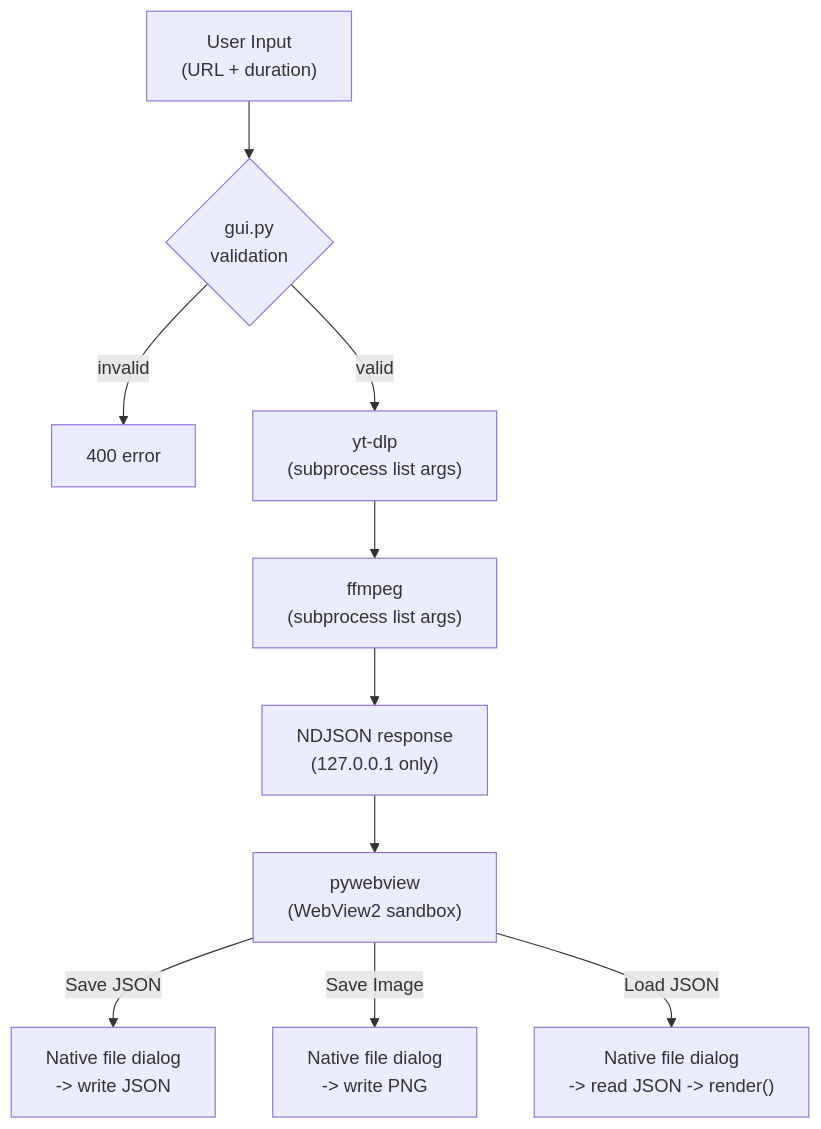
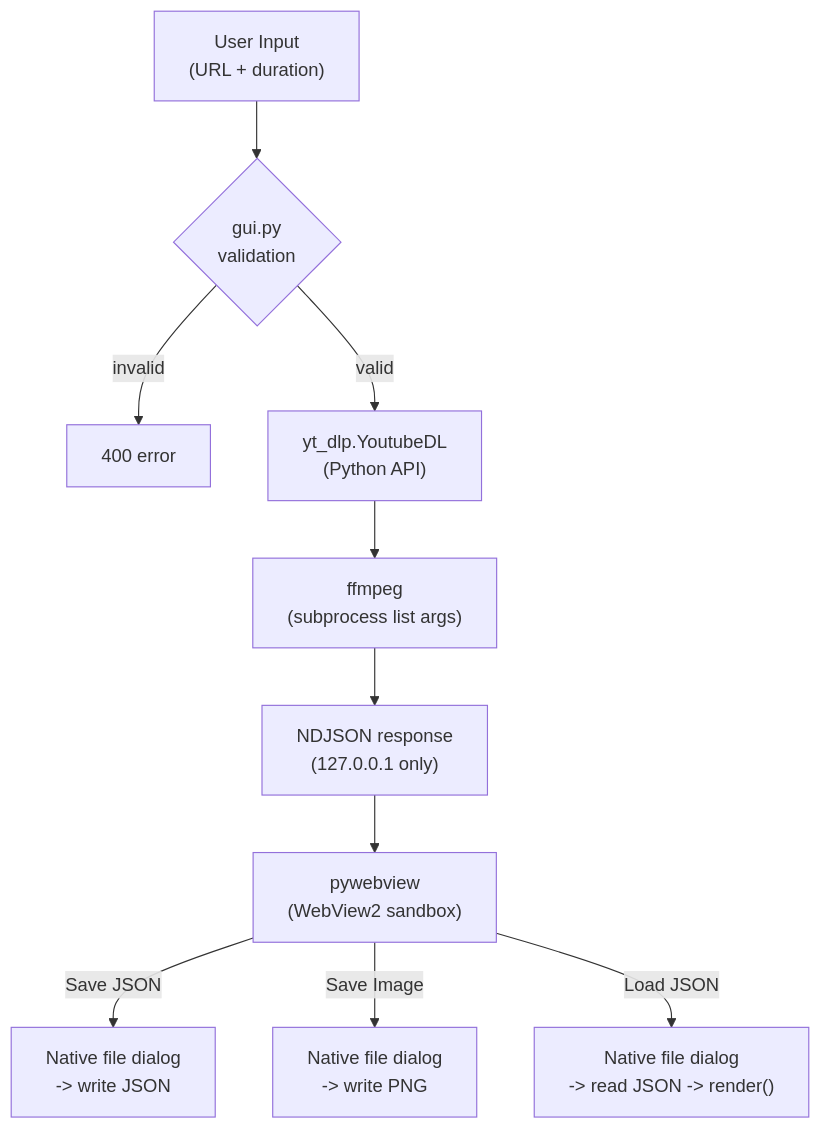
The diagram in docs/security-audit.md (semnil/analyze-loudness), drawn with Mermaid before and after one commit. The commit also changed other lines of this file and 3 other files, not shown here.

First line of the commit message:
docs: architecture / security-audit / CLAUDE / README を更新

````diff
--- a/docs/security-audit.md
+++ b/docs/security-audit.md
@@ -187,12 +187,12 @@
 ```mermaid
 graph TD
     A["User Input<br/>(URL + duration)"] --> B{"gui.py<br/>validation"}
     B -->|"invalid"| C["400 error"]
-    B -->|"valid"| D["yt-dlp<br/>(subprocess list args)"]
+    B -->|"valid"| D["yt_dlp.YoutubeDL<br/>(Python API)"]
     D --> E["ffmpeg<br/>(subprocess list args)"]
     E --> F["NDJSON response<br/>(127.0.0.1 only)"]
     F --> G["pywebview<br/>(WebView2 sandbox)"]
     G -->|"Save JSON"| H["Native file dialog<br/>-> write JSON"]
     G -->|"Save Image"| I["Native file dialog<br/>-> write PNG"]
     G -->|"Load JSON"| J["Native file dialog<br/>-> read JSON -> render()"]
 ```
````
